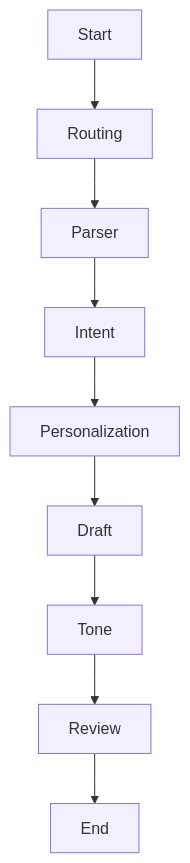
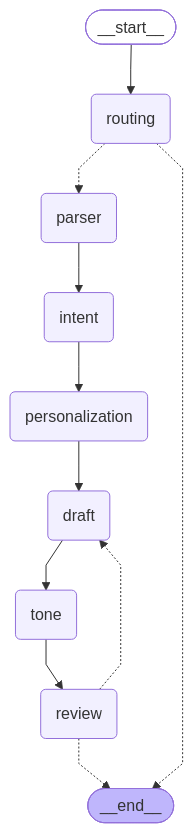
The diagram in README.md (smasoudn/MailMind), drawn with Mermaid before and after one commit. The commit also changed 2 other files, not shown here.

Commit message:
Update graph.py for a better graph diagram.\n Update README.mE.md

````diff
--- a/README.md
+++ b/README.md
@@ -1,28 +1,30 @@
 ```mermaid
 ---
 config:
   flowchart:
     curve: linear
 ---
-graph TD
-	Start["Start"]
-	Routing["Routing"]
-	Parser["Parser"]
-	Intent["Intent"]
-	Personalization["Personalization"]
-	Draft["Draft"]
-	Tone["Tone"]
-	Review["Review"]
-	End["End"]
-	Start --> Routing;
-	Routing --> Parser;
-	Parser --> Intent;
-	Intent --> Personalization;
-	Personalization --> Draft;
-	Draft --> Tone;
-	Tone --> Review;
-	Review --> End;
+graph TD;
+	__start__([<p>__start__</p>]):::first
+	routing(routing)
+	parser(parser)
+	intent(intent)
+	personalization(personalization)
+	draft(draft)
+	tone(tone)
+	review(review)
+	__end__([<p>__end__</p>]):::last
+	__start__ --> routing;
+	draft --> tone;
+	intent --> personalization;
+	parser --> intent;
+	personalization --> draft;
+	review -.-> __end__;
+	review -.-> draft;
+	routing -.-> __end__;
+	routing -.-> parser;
+	tone --> review;
 	classDef default fill:#f2f0ff,line-height:1.2
 	classDef first fill-opacity:0
 	classDef last fill:#bfb6fc
 ```
````
